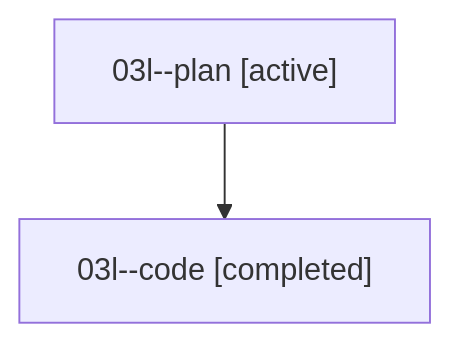
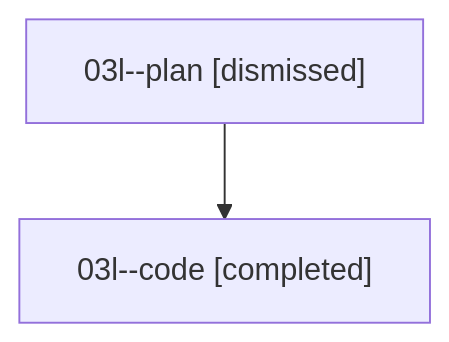
One commit to sase-org/sase--agents changed the diagram in sessions/bbugyi200.athena.03l.md. Above: the diagram before and after it, drawn with Mermaid. The commit also changed other lines of this file and 34 other files, not shown here.

````diff
--- a/sessions/bbugyi200.athena.03l.md
+++ b/sessions/bbugyi200.athena.03l.md
@@ -9,6 +9,6 @@
 ```mermaid
 flowchart TD
-  n0["03l--plan [active]"]
+  n0["03l--plan [dismissed]"]
   n1["03l--code [completed]"]
   n0 --> n1
 ```
````
